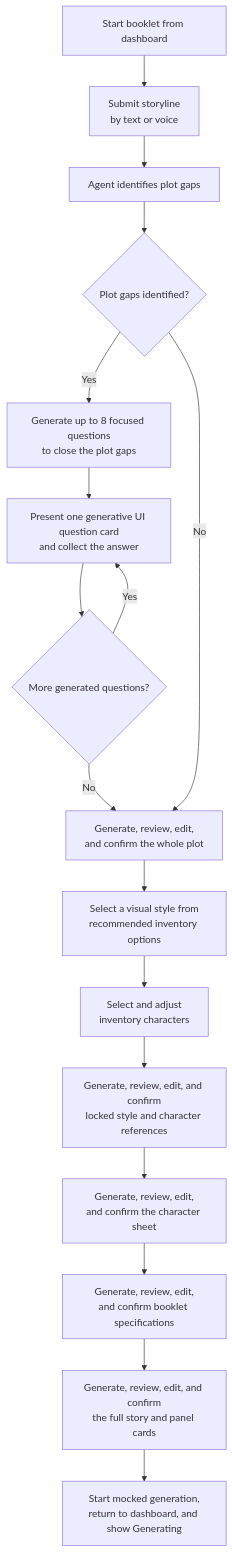
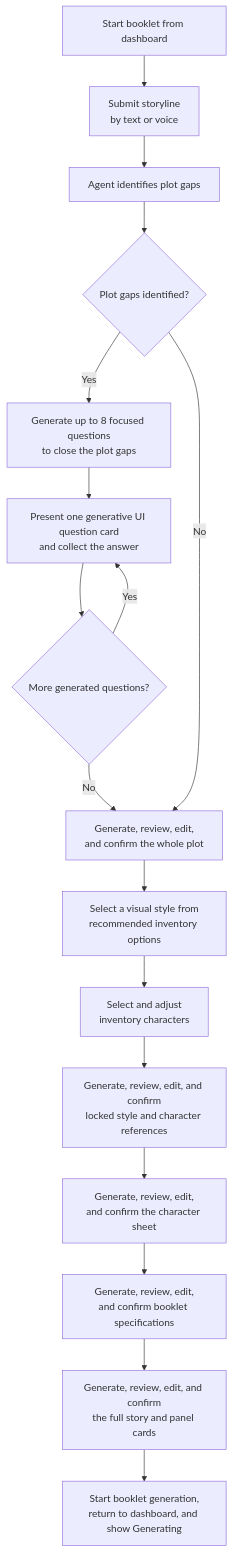
Before and after one commit to karpishe-experiments/agentic-poc: the diagram in docs/proposed-prds/childrens-booklet-v0-flowchart.mmd, drawn with Mermaid. The commit also changed 1 other file, not shown here.

Commit message:
Update flowchart and workflow documentation to clarify booklet generation process

```diff
--- a/docs/proposed-prds/childrens-booklet-v0-flowchart.mmd
+++ b/docs/proposed-prds/childrens-booklet-v0-flowchart.mmd
@@ -1,20 +1,20 @@
 flowchart TD
     A[Start booklet from dashboard] --> S[Submit storyline<br/>by text or voice]
     S --> Q[Agent identifies plot gaps]
     Q --> QD{Plot gaps identified?}
 
     QD -- Yes --> QG[Generate up to 8 focused questions<br/>to close the plot gaps]
     QG --> QC[Present one generative UI question card<br/>and collect the answer]
     QC --> QM{More generated questions?}
     QM -- Yes --> QC
     QM -- No --> P
     QD -- No --> P
 
     P[Generate, review, edit,<br/>and confirm the whole plot]
     P --> ST[Select a visual style from<br/>recommended inventory options]
     ST --> CH[Select and adjust<br/>inventory characters]
     CH --> LK[Generate, review, edit, and confirm<br/>locked style and character references]
     LK --> CS[Generate, review, edit,<br/>and confirm the character sheet]
     CS --> BS[Generate, review, edit,<br/>and confirm booklet specifications]
     BS --> FS[Generate, review, edit, and confirm<br/>the full story and panel cards]
-    FS --> GEN[Start mocked generation,<br/>return to dashboard, and show Generating]
+    FS --> GEN[Start booklet generation,<br/>return to dashboard, and show Generating]
```
